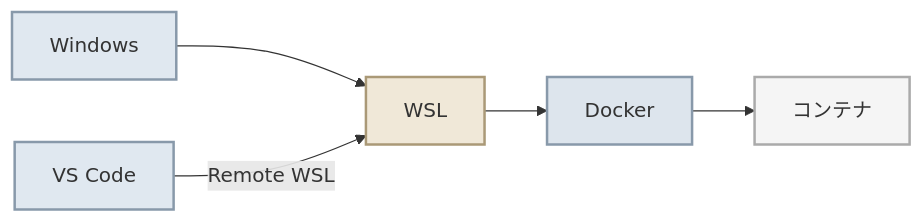
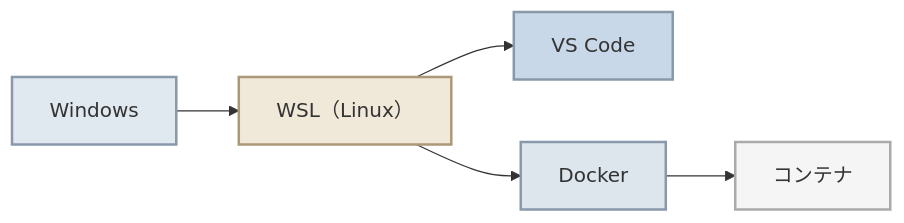
The fifth of 8 diagrams in docs/wsl-overview.md (nohara-kengo/vscode-extensions-setup), drawn with Mermaid before and after one commit. The commit also changed other lines of this file, not shown here.

````diff
--- a/docs/wsl-overview.md
+++ b/docs/wsl-overview.md
@@ -143,13 +151,13 @@
 ```mermaid
 flowchart LR
-  A["Windows"] --> B["WSL"]
-  B --> C["Docker"]
-  C --> D["コンテナ"]
-  E["VS Code"] -- Remote WSL --> B
+  A["Windows"] --> B["WSL（Linux）"]
+  B --> C["VS Code"]
+  B --> D["Docker"]
+  D --> E["コンテナ"]
 
   style A fill:#e0e8f0,stroke:#8899aa,stroke-width:2px
   style B fill:#f0e8d8,stroke:#aa9977,stroke-width:2px
-  style C fill:#dde5ed,stroke:#8899aa,stroke-width:2px
-  style D fill:#f5f5f5,stroke:#aaa,stroke-width:2px
-  style E fill:#e0e8f0,stroke:#8899aa,stroke-width:2px
+  style C fill:#c8d8e8,stroke:#8899aa,stroke-width:2px
+  style D fill:#dde5ed,stroke:#8899aa,stroke-width:2px
+  style E fill:#f5f5f5,stroke:#aaa,stroke-width:2px
 ```
````
